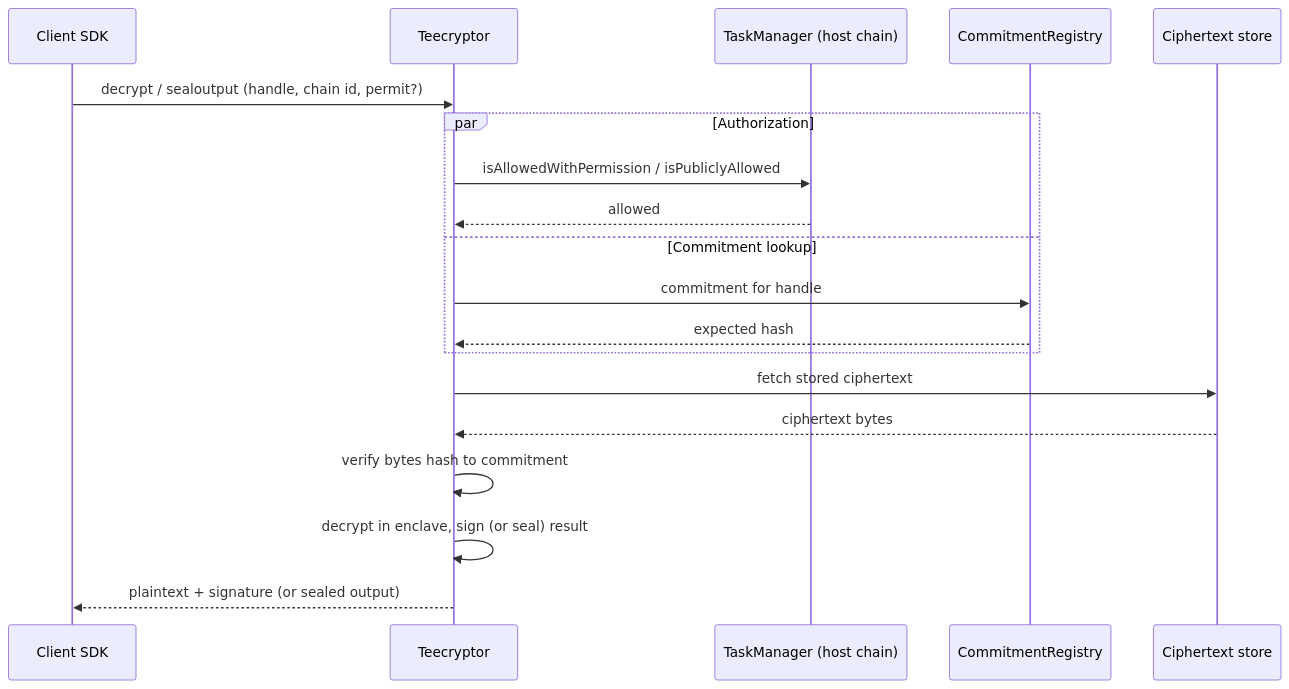
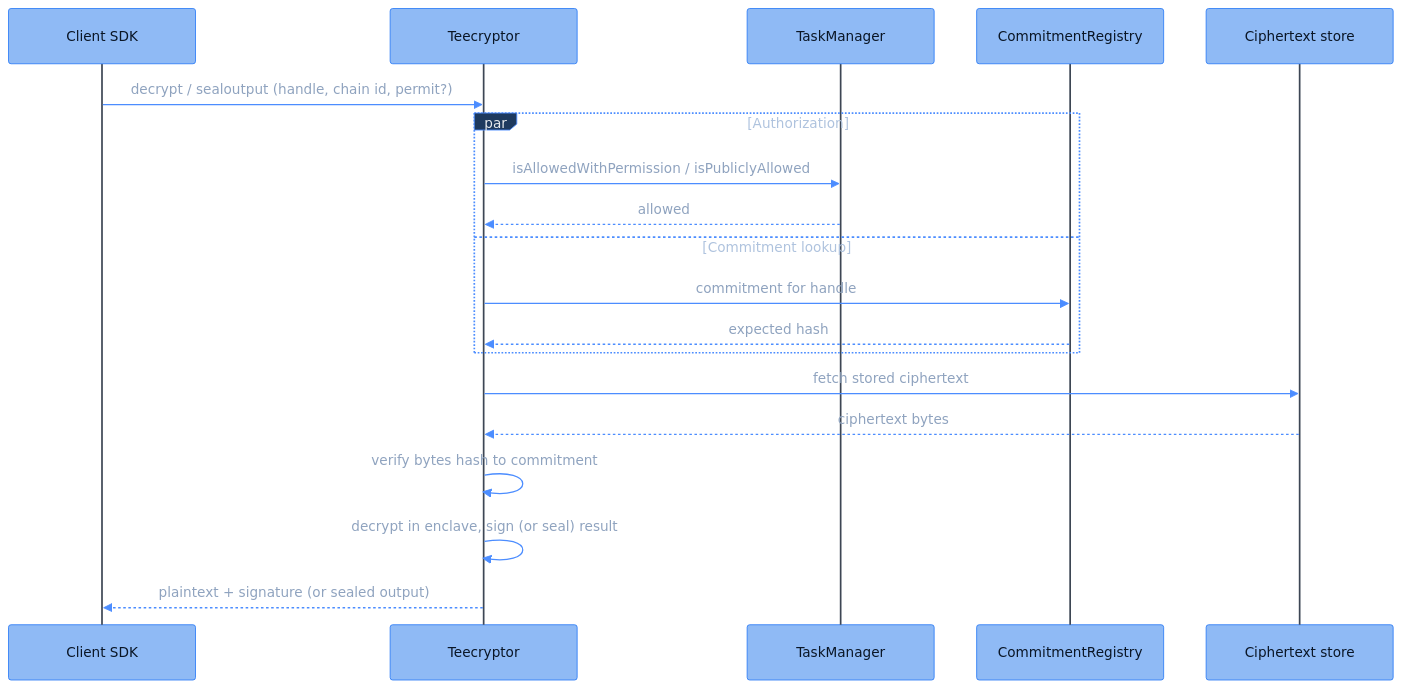
One commit to FhenixProtocol/fhenix-developer-docs changed the diagram in deep-dive/cofhe-components/teecryptor.mdx. Above: the diagram before and after it, drawn with Mermaid. The commit also changed 8 other files, not shown here.

Commit message:
[DOCS] deep-dive: Mermaid house theme matching the diagram design system, stamped by scripts/sync-mermaid-theme.py

````diff
--- a/deep-dive/cofhe-components/teecryptor.mdx
+++ b/deep-dive/cofhe-components/teecryptor.mdx
@@ -46,22 +46,23 @@
 ```mermaid
+%%{init: {"theme": "base", "themeVariables": {"fontFamily": "Menlo, Monaco, Consolas, monospace", "fontSize": "13px", "primaryColor": "#8FBAF5", "primaryBorderColor": "#2E7CF6", "primaryTextColor": "#0A1626", "lineColor": "#4C8DFF", "signalColor": "#4C8DFF", "signalTextColor": "#8FA3BF", "actorBkg": "#8FBAF5", "actorBorder": "#2E7CF6", "actorTextColor": "#0A1626", "actorLineColor": "#3D4654", "noteBkgColor": "#14171C", "noteBorderColor": "#3D4654", "noteTextColor": "#AFC3DE", "activationBkgColor": "#1E3A5F", "activationBorderColor": "#4C8DFF", "clusterBkg": "#14171C", "clusterBorder": "#3D4654", "titleColor": "#E7EAEE", "edgeLabelBackground": "#8FBAF5", "textColor": "#AFC3DE", "labelTextColor": "#E7EAEE", "tertiaryColor": "#14171C", "loopTextColor": "#AFC3DE", "labelBoxBkgColor": "#1E3A5F", "labelBoxBorderColor": "#4C8DFF"}, "sequence": {"actorFontFamily": "Menlo, Monaco, Consolas, monospace", "messageFontFamily": "Menlo, Monaco, Consolas, monospace", "noteFontFamily": "Menlo, Monaco, Consolas, monospace", "width": 220}}}%%
 sequenceDiagram
     participant SDK as Client SDK
     participant Teecryptor
-    participant TaskManager as TaskManager (host chain)
+    participant TaskManager
     participant Registry as CommitmentRegistry
     participant Store as Ciphertext store
 
     SDK->>Teecryptor: decrypt / sealoutput (handle, chain id, permit?)
     par Authorization
         Teecryptor->>TaskManager: isAllowedWithPermission / isPubliclyAllowed
         TaskManager-->>Teecryptor: allowed
     and Commitment lookup
         Teecryptor->>Registry: commitment for handle
         Registry-->>Teecryptor: expected hash
     end
     Teecryptor->>Store: fetch stored ciphertext
     Store-->>Teecryptor: ciphertext bytes
     Teecryptor->>Teecryptor: verify bytes hash to commitment
     Teecryptor->>Teecryptor: decrypt in enclave, sign (or seal) result
     Teecryptor-->>SDK: plaintext + signature (or sealed output)
 ```
````
